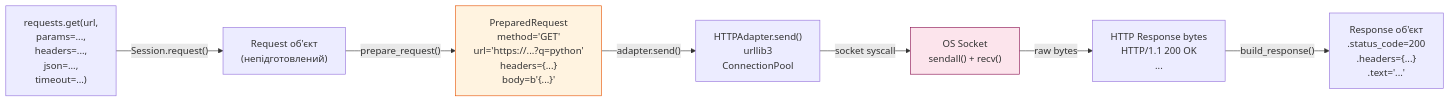
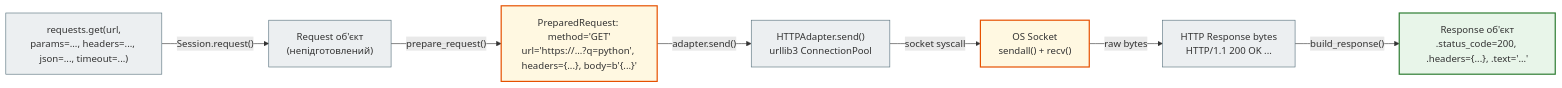
One commit to NikoriakViktot/notes_chat_app changed the fourth of 8 diagrams in docs/01_web_foundations/http_requests_docs.md. Above: the diagram before and after it, drawn with Mermaid. The commit also changed other lines of this file and 441 other files, not shown here.

First line of the commit message:
Add English version of the book, Mermaid standard, docs fixes

````diff
--- a/docs/01_web_foundations/http_requests_docs.md
+++ b/docs/01_web_foundations/http_requests_docs.md
@@ -238,26 +238,31 @@
 ```mermaid
 flowchart LR
-    A["requests.get(url,\nparams=...,\nheaders=...,\njson=...,\ntimeout=...)"]
+    A["requests.get(url,<br>params=..., headers=..., json=..., timeout=...)"]
 
-    B["Request об'єкт\n(непідготовлений)"]
+    B["Request об'єкт<br>(непідготовлений)"]
 
-    C["PreparedRequest\nmethod='GET'\nurl='https://...?q=python'\nheaders={...}\nbody=b'{...}'"]
+    C["PreparedRequest: method='GET'<br>url='https://...?q=python', headers={...}, body=b'{...}'"]
 
-    D["HTTPAdapter.send()\nurllib3\nConnectionPool"]
+    D["HTTPAdapter.send()<br>urllib3 ConnectionPool"]
 
-    E["OS Socket\nsendall() + recv()"]
+    E["OS Socket<br>sendall() + recv()"]
 
-    F["HTTP Response bytes\nHTTP/1.1 200 OK\n..."]
+    F["HTTP Response bytes<br>HTTP/1.1 200 OK ..."]
 
-    G["Response об'єкт\n.status_code=200\n.headers={...}\n.text='...'"]
+    G["Response об'єкт<br>.status_code=200, .headers={...}, .text='...'"]
 
     A -->|"Session.request()"| B
     B -->|"prepare_request()"| C
     C -->|"adapter.send()"| D
     D -->|"socket syscall"| E
     E -->|"raw bytes"| F
     F -->|"build_response()"| G
 
-    style C fill:#fff3e0,stroke:#e65100
-    style E fill:#fce4ec,stroke:#880e4f
+    classDef step     fill:#eceff1,stroke:#546e7a,stroke-width:1px;
+    classDef success  fill:#e8f5e9,stroke:#2e7d32,stroke-width:2px;
+    classDef warning  fill:#fff8e1,stroke:#e65100,stroke-width:2px;
+
+    class A,B,D,F step;
+    class C,E warning;
+    class G success;
 ```
````
